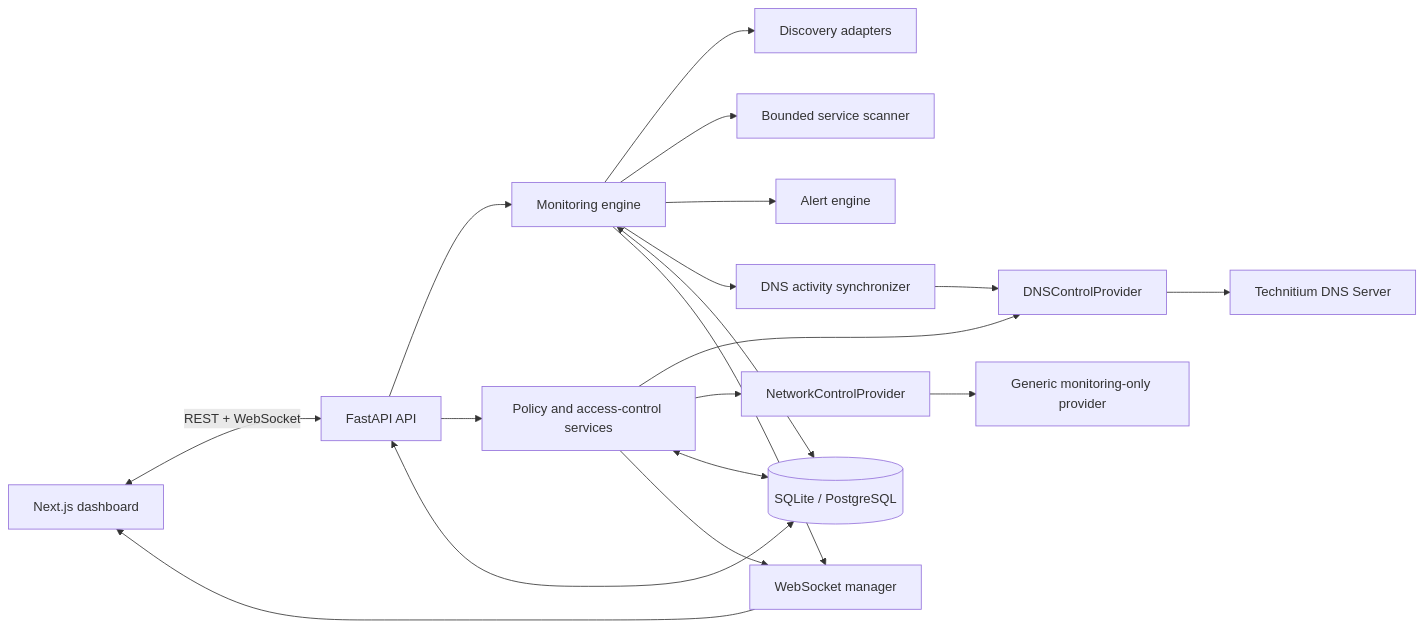
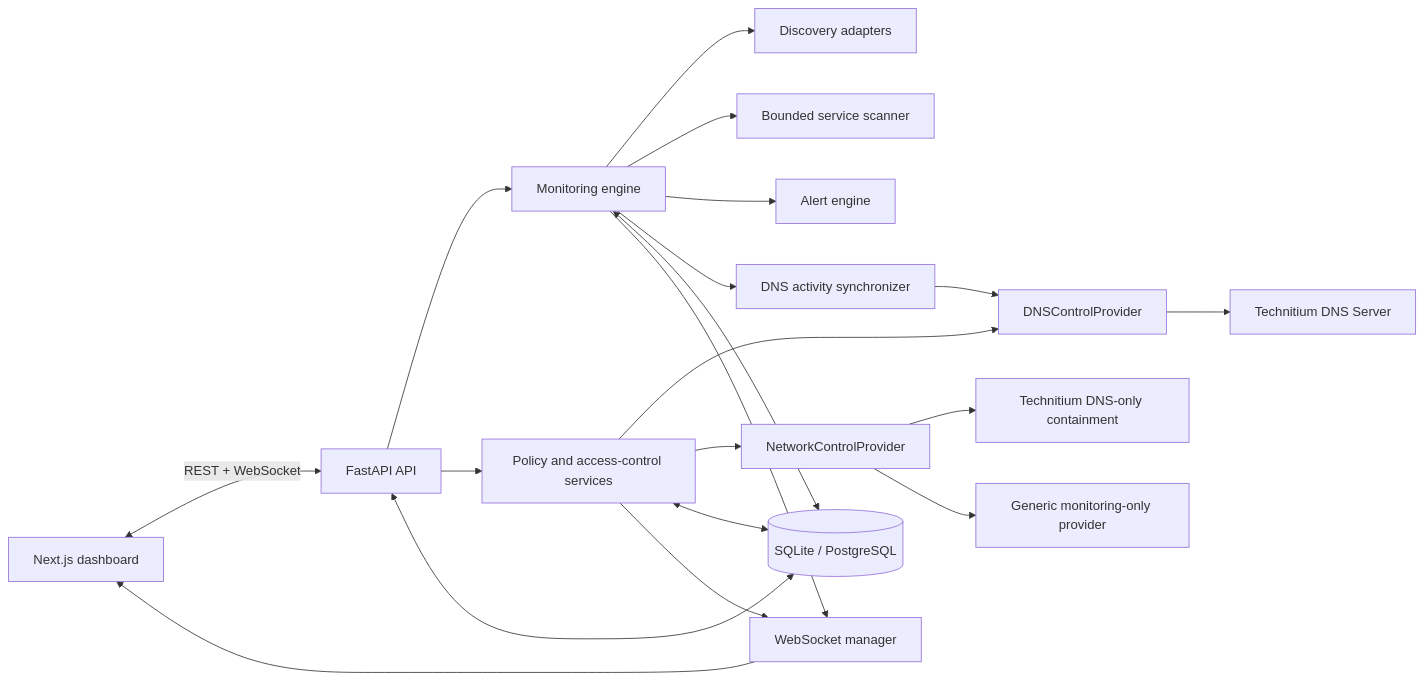
Before and after one commit to DinisIvanetsD/netwatch: the diagram in docs/architecture.md, drawn with Mermaid. The commit also changed other lines of this file and 75 other files, not shown here.

````diff
--- a/docs/architecture.md
+++ b/docs/architecture.md
@@ -5,21 +5,22 @@
 ```mermaid
 flowchart LR
     Browser[Next.js dashboard] <-->|REST + WebSocket| API[FastAPI API]
     API --> Monitor[Monitoring engine]
     API --> Control[Policy and access-control services]
     Monitor --> Discovery[Discovery adapters]
     Monitor --> Scanner[Bounded service scanner]
     Monitor --> Alerts[Alert engine]
     Monitor --> DNSActivity[DNS activity synchronizer]
     Control --> DNSProvider[DNSControlProvider]
     Control --> NetworkProvider[NetworkControlProvider]
     DNSActivity --> DNSProvider
     DNSProvider --> Technitium[Technitium DNS Server]
+    NetworkProvider --> DNSFallback[Technitium DNS-only containment]
     NetworkProvider --> Fallback[Generic monitoring-only provider]
     API <--> DB[(SQLite / PostgreSQL)]
     Monitor <--> DB
     Control <--> DB
     Monitor --> Realtime[WebSocket manager]
     Control --> Realtime
     Realtime --> Browser
 ```
````
